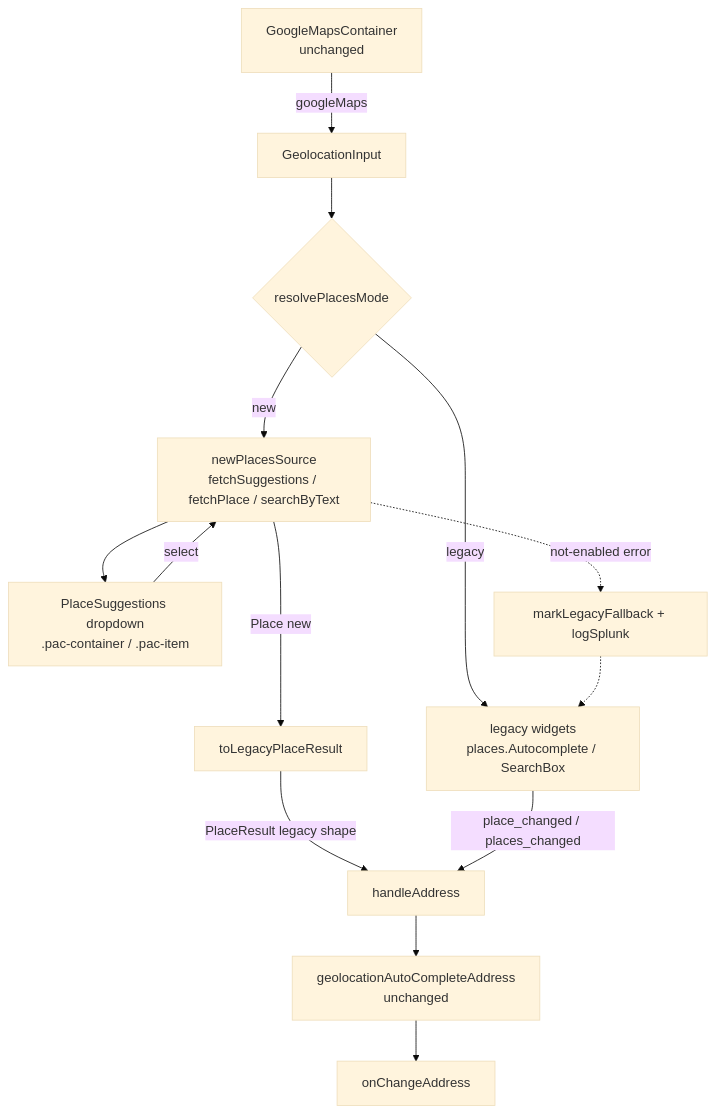
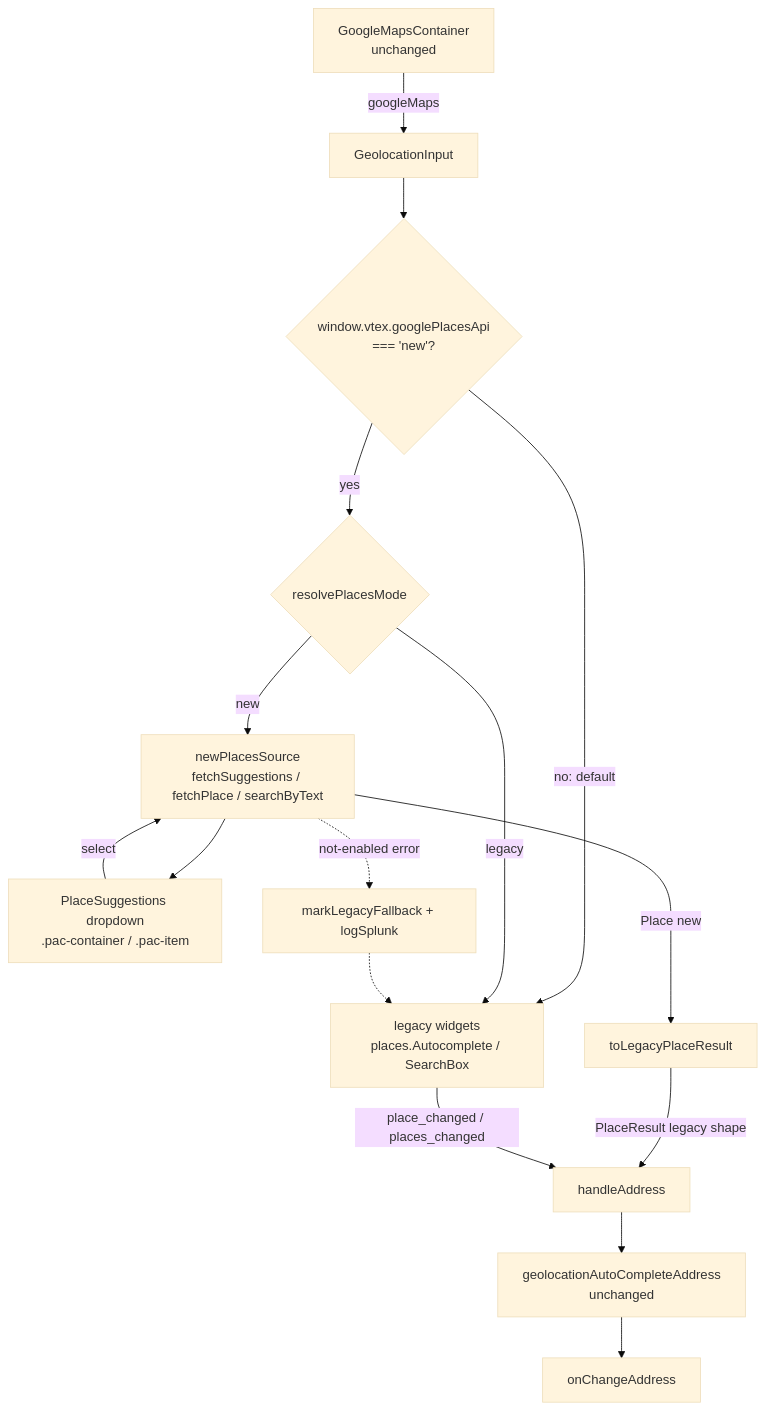
Before and after one commit to vtex/address-form: the first of 2 diagrams in specs/places-api-new-migration.md, drawn with Mermaid (base theme). The commit also changed other lines of this file and 6 other files, not shown here.

First line of the commit message:
feat: keep legacy Places by default, opt in to Places API (New) per store

````diff
--- a/specs/places-api-new-migration.md
+++ b/specs/places-api-new-migration.md
@@ -123,16 +138,18 @@
 ```mermaid
 flowchart TD
   GMC[GoogleMapsContainer<br/>unchanged] -->|googleMaps| GI[GeolocationInput]
-  GI --> R{resolvePlacesMode}
+  GI --> P{window.vtex.googlePlacesApi<br/>=== 'new'?}
+  P -->|no: default| LW
+  P -->|yes| R{resolvePlacesMode}
   R -->|new| NS[newPlacesSource<br/>fetchSuggestions / fetchPlace / searchByText]
   R -->|legacy| LW[legacy widgets<br/>places.Autocomplete / SearchBox]
   NS --> DD[PlaceSuggestions dropdown<br/>.pac-container / .pac-item]
   DD -->|select| NS
   NS -->|Place new| AD[toLegacyPlaceResult]
   AD -->|PlaceResult legacy shape| HA[handleAddress]
   LW -->|place_changed / places_changed| HA
   HA --> GAA[geolocationAutoCompleteAddress<br/>unchanged]
   GAA --> OCA[onChangeAddress]
   NS -.->|not-enabled error| FB[markLegacyFallback + logSplunk]
   FB -.-> LW
 ```
````
